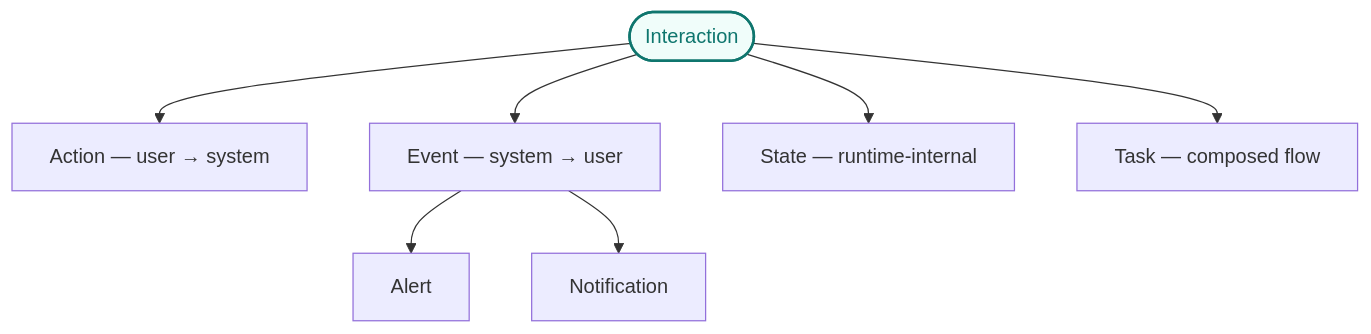
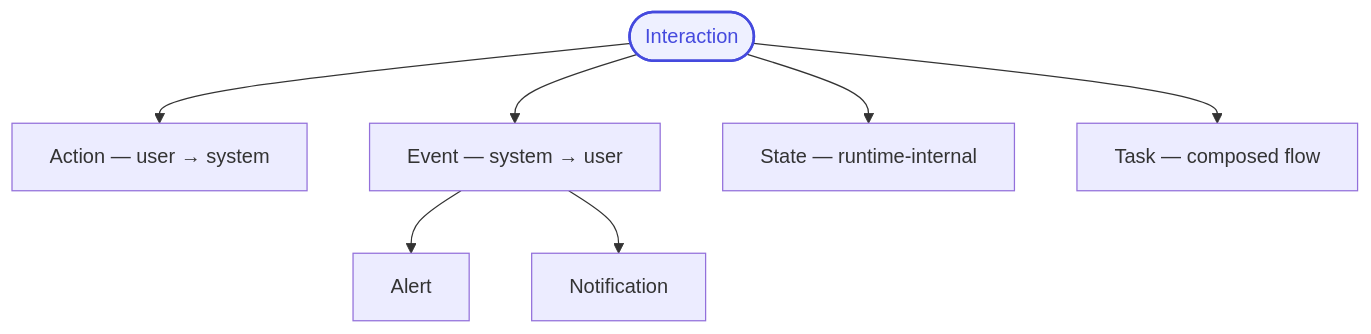
The second of 3 diagrams in 03_WiP-AutomotiveUI2026.md (yaneczech/SIA), drawn with Mermaid before and after one commit. The commit also changed other lines of this file and 9 other files, not shown here.

````diff
--- a/03_WiP-AutomotiveUI2026.md
+++ b/03_WiP-AutomotiveUI2026.md
@@ -90,15 +94,15 @@
 ```mermaid
 graph TB
     I(["Interaction"])
     A["Action — user → system"]
     E["Event — system → user"]
     S["State — runtime-internal"]
     T["Task — composed flow"]
     AL["Alert"]
     N["Notification"]
 
     I --> A & E & S & T
     E --> AL & N
 
-    style I fill:#f0fdfa,stroke:#0f766e,stroke-width:2px,color:#0f766e
+    style I fill:#eef0ff,stroke:#454ADE,stroke-width:2px,color:#454ADE
 ```
````
